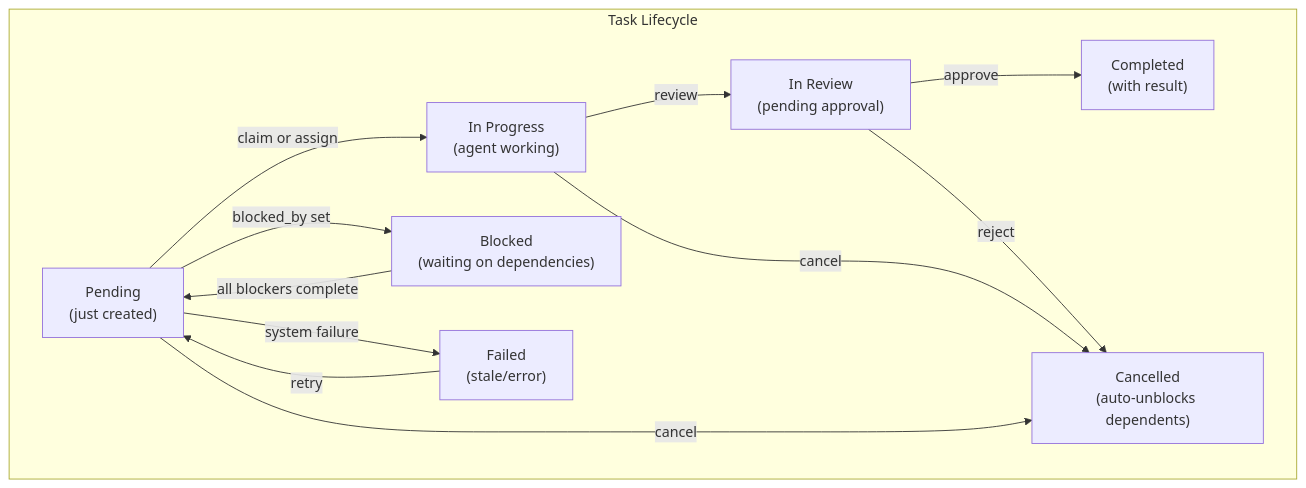
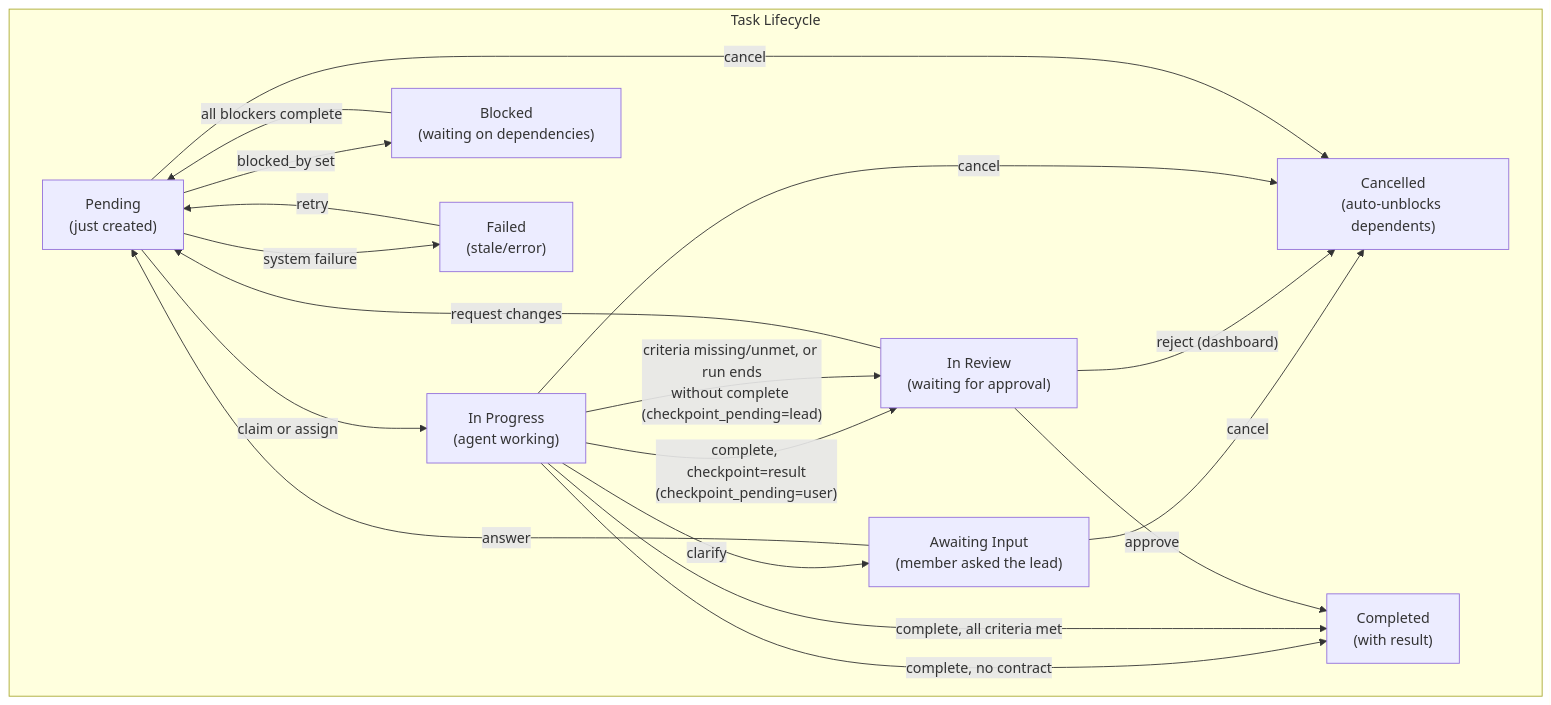
Before and after one commit to dxthinh/goclaw: the fourth of 6 diagrams in docs/11-agent-teams.md, drawn with Mermaid. The commit also changed other lines of this file and 2 other files, not shown here.

First line of the commit message:
docs(teams): mô tả Task Contract, clarify/answer và duyệt của user

````diff
--- a/docs/11-agent-teams.md
+++ b/docs/11-agent-teams.md
@@ -125,15 +125,22 @@
 ```mermaid
 flowchart TD
     subgraph "Task Lifecycle"
         PENDING["Pending<br/>(just created)"] -->|claim or assign| IN_PROGRESS["In Progress<br/>(agent working)"]
         PENDING -->|blocked_by set| BLOCKED["Blocked<br/>(waiting on dependencies)"]
         BLOCKED -->|all blockers complete| PENDING
-        IN_PROGRESS -->|review| IN_REVIEW["In Review<br/>(pending approval)"]
-        IN_REVIEW -->|approve| COMPLETED["Completed<br/>(with result)"]
-        IN_REVIEW -->|reject| CANCELLED["Cancelled<br/>(auto-unblocks dependents)"]
+        IN_PROGRESS -->|clarify| AWAITING["Awaiting Input<br/>(member asked the lead)"]
+        AWAITING -->|answer| PENDING
+        AWAITING -->|cancel| CANCELLED
+        IN_PROGRESS -->|complete, no contract| COMPLETED["Completed<br/>(with result)"]
+        IN_PROGRESS -->|complete, all criteria met| COMPLETED
+        IN_PROGRESS -->|"complete, checkpoint=result<br/>(checkpoint_pending=user)"| IN_REVIEW["In Review<br/>(waiting for approval)"]
+        IN_PROGRESS -->|"criteria missing/unmet, or run ends<br/>without complete (checkpoint_pending=lead)"| IN_REVIEW
+        IN_REVIEW -->|approve| COMPLETED
+        IN_REVIEW -->|request changes| PENDING
+        IN_REVIEW -->|"reject (dashboard)"| CANCELLED["Cancelled<br/>(auto-unblocks dependents)"]
         IN_PROGRESS -->|cancel| CANCELLED
         PENDING -->|cancel| CANCELLED
         PENDING -->|system failure| FAILED["Failed<br/>(stale/error)"]
         FAILED -->|retry| PENDING
     end
 ```
````
